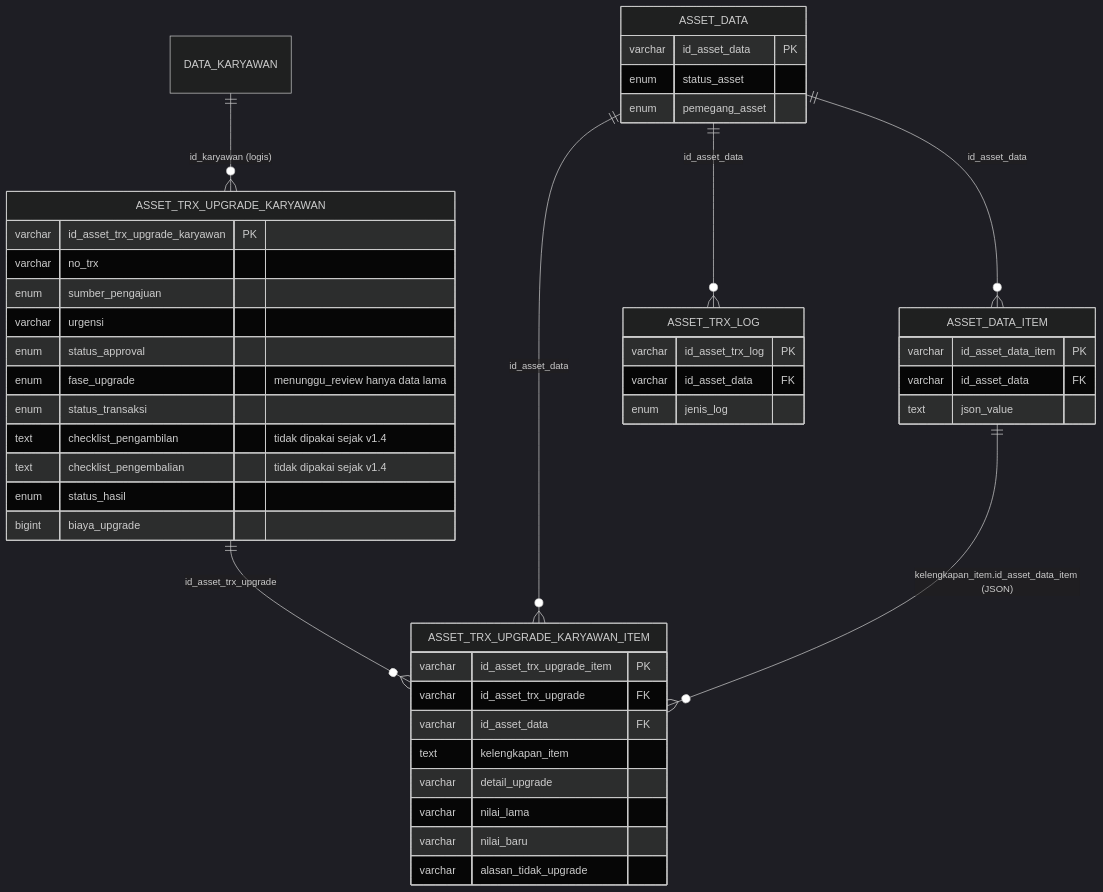
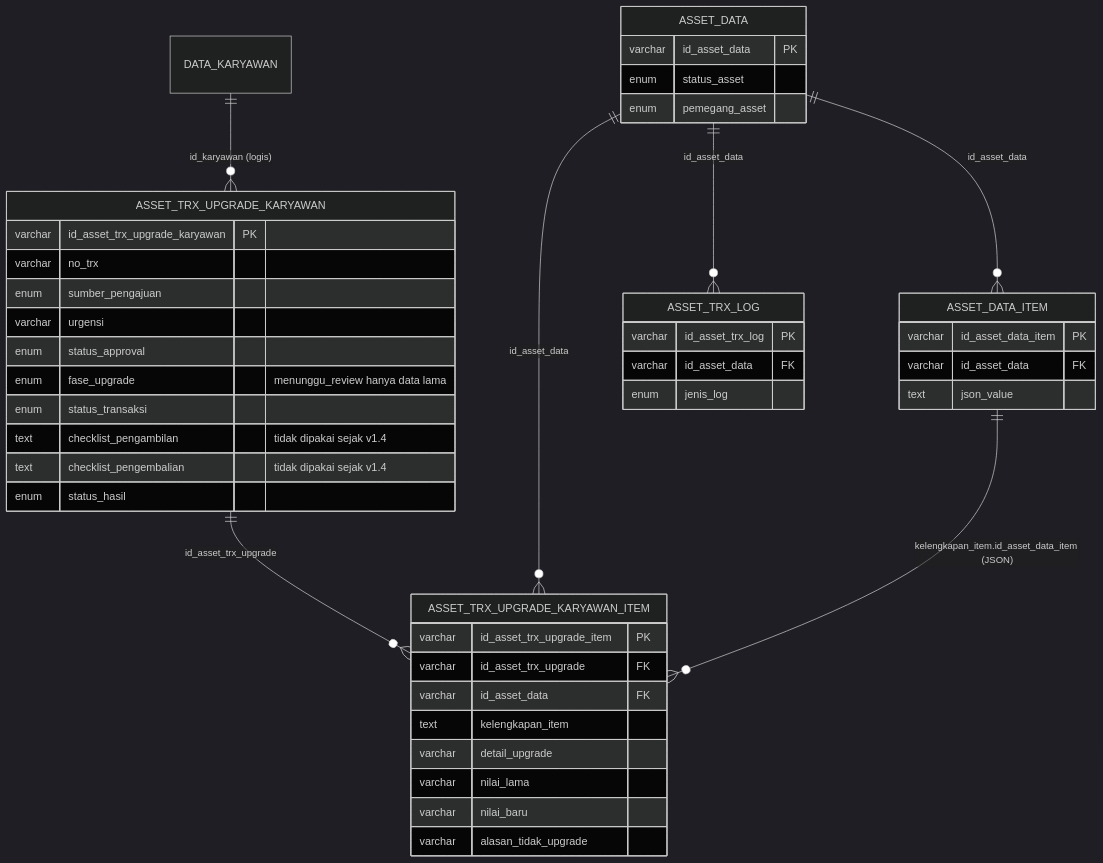
The fourth of 4 diagrams in dokumentasi-asset-upgrade-karyawan.md (setiyawan12/DOKUMENTASI-ASSET), drawn with Mermaid (dark theme) before and after one commit. The commit also changed other lines of this file and 13 other files, not shown here.

````diff
--- a/dokumentasi-asset-upgrade-karyawan.md
+++ b/dokumentasi-asset-upgrade-karyawan.md
@@ -376,48 +376,47 @@
 ```mermaid
 erDiagram
     ASSET_TRX_UPGRADE_KARYAWAN ||--o{ ASSET_TRX_UPGRADE_KARYAWAN_ITEM : "id_asset_trx_upgrade"
     ASSET_DATA ||--o{ ASSET_TRX_UPGRADE_KARYAWAN_ITEM : "id_asset_data"
     ASSET_DATA ||--o{ ASSET_DATA_ITEM : "id_asset_data"
     ASSET_DATA_ITEM ||--o{ ASSET_TRX_UPGRADE_KARYAWAN_ITEM : "kelengkapan_item.id_asset_data_item (JSON)"
     DATA_KARYAWAN ||--o{ ASSET_TRX_UPGRADE_KARYAWAN : "id_karyawan (logis)"
     ASSET_DATA ||--o{ ASSET_TRX_LOG : "id_asset_data"
 
     ASSET_TRX_UPGRADE_KARYAWAN {
         varchar id_asset_trx_upgrade_karyawan PK
         varchar no_trx
         enum sumber_pengajuan
         varchar urgensi
         enum status_approval
         enum fase_upgrade "menunggu_review hanya data lama"
         enum status_transaksi
         text checklist_pengambilan "tidak dipakai sejak v1.4"
         text checklist_pengembalian "tidak dipakai sejak v1.4"
         enum status_hasil
-        bigint biaya_upgrade
     }
     ASSET_TRX_UPGRADE_KARYAWAN_ITEM {
         varchar id_asset_trx_upgrade_item PK
         varchar id_asset_trx_upgrade FK
         varchar id_asset_data FK
         text kelengkapan_item
         varchar detail_upgrade
         varchar nilai_lama
         varchar nilai_baru
         varchar alasan_tidak_upgrade
     }
     ASSET_DATA {
         varchar id_asset_data PK
         enum status_asset
         enum pemegang_asset
     }
     ASSET_DATA_ITEM {
         varchar id_asset_data_item PK
         varchar id_asset_data FK
         text json_value
     }
     ASSET_TRX_LOG {
         varchar id_asset_trx_log PK
         varchar id_asset_data FK
         enum jenis_log
     }
 ```
````
